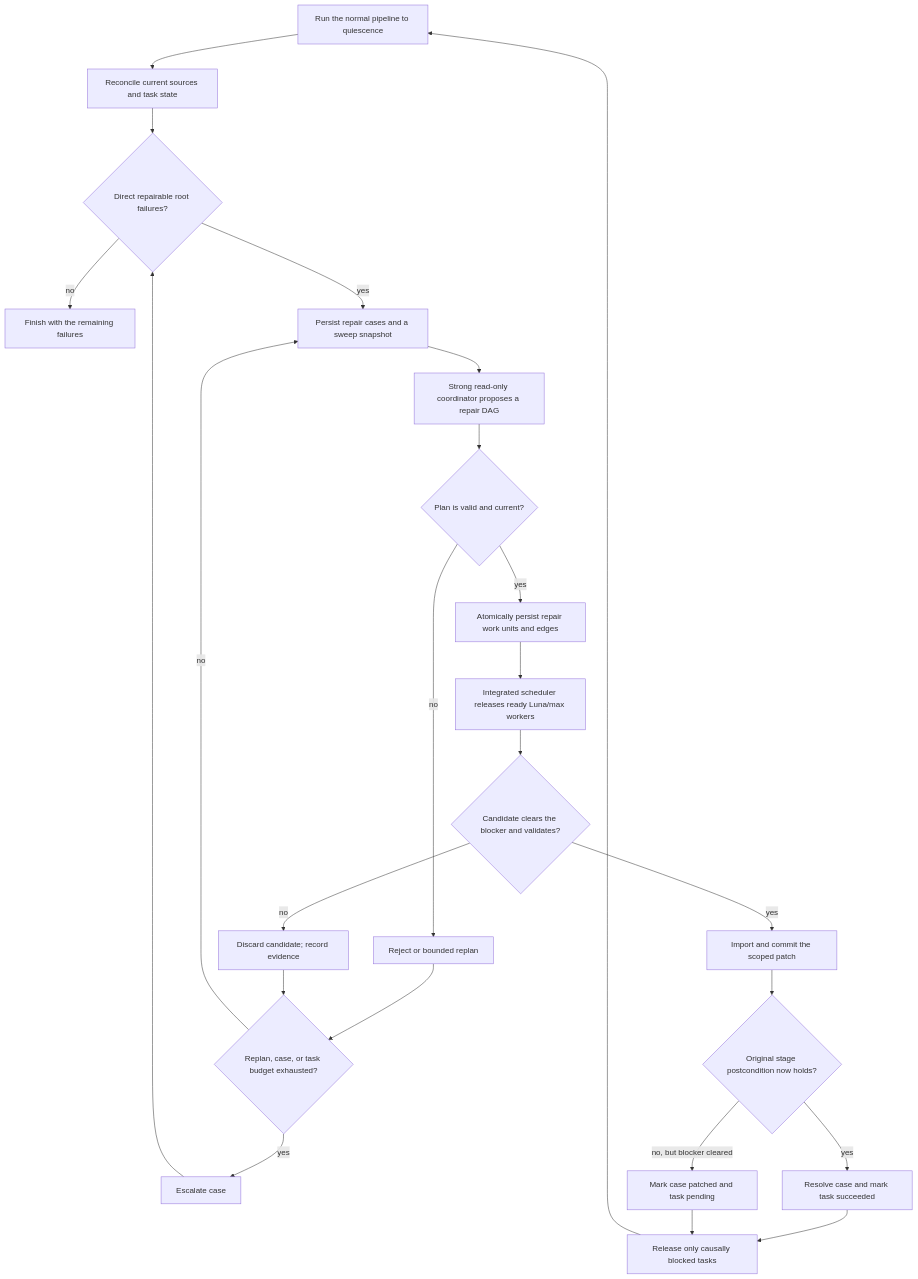
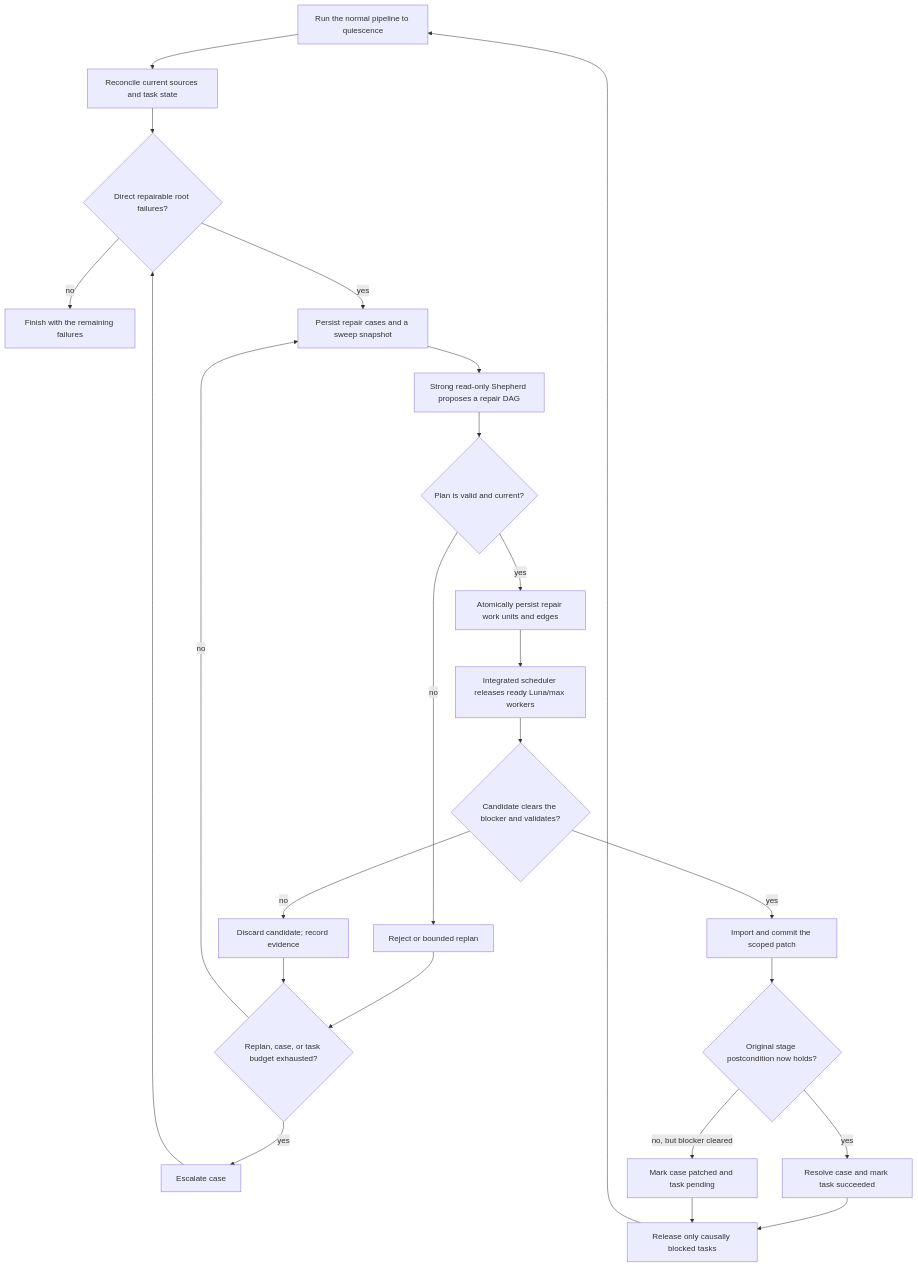
The first of 3 diagrams in docs/repair-sweeps.md (phulin/paf), drawn with Mermaid before and after one commit. The commit also changed other lines of this file and 1 other file, not shown here.

Commit message:
docs: describe Shepherd repair sweeps

````diff
--- a/docs/repair-sweeps.md
+++ b/docs/repair-sweeps.md
@@ -77,26 +91,26 @@
 ```mermaid
 flowchart TD
     N[Run the normal pipeline to quiescence] --> R[Reconcile current sources and task state]
     R --> C{Direct repairable root failures?}
     C -->|no| X[Finish with the remaining failures]
     C -->|yes| Q[Persist repair cases and a sweep snapshot]
-    Q --> A[Strong read-only coordinator proposes a repair DAG]
+    Q --> A[Strong read-only Shepherd proposes a repair DAG]
     A --> H{Plan is valid and current?}
     H -->|no| E0[Reject or bounded replan]
     E0 --> B
     H -->|yes| U[Atomically persist repair work units and edges]
     U --> L[Integrated scheduler releases ready Luna/max workers]
     L --> V{Candidate clears the blocker and validates?}
     V -->|no| E[Discard candidate; record evidence]
     E --> B{Replan, case, or task budget exhausted?}
     B -->|yes| M[Escalate case]
     B -->|no| Q
     V -->|yes| I[Import and commit the scoped patch]
     I --> P{Original stage postcondition now holds?}
     P -->|yes| S[Resolve case and mark task succeeded]
     P -->|no, but blocker cleared| T[Mark case patched and task pending]
     S --> W[Release only causally blocked tasks]
     T --> W
     W --> N
     M --> C
 ```
````
